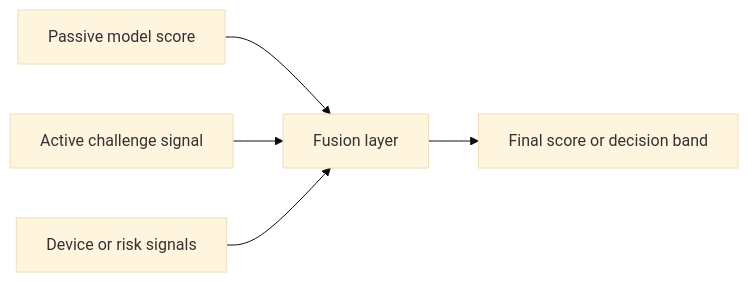
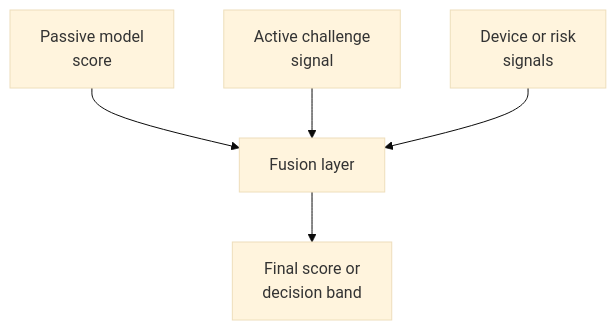
One commit to Nivratti/ekyc-face-liveness-playbook changed the diagram in docs/11-advanced-topics.md. Above: the diagram before and after it, drawn with Mermaid (base theme). The commit also changed 31 other files, not shown here.

Commit message:
docs: improve mermaid diagram readability by converting wide flows to vertical layouts

````diff
--- a/docs/11-advanced-topics.md
+++ b/docs/11-advanced-topics.md
@@ -41,7 +41,7 @@
 ```mermaid
-flowchart LR
-    A[Passive model score] --> D[Fusion layer]
-    B[Active challenge signal] --> D
-    C[Device or risk signals] --> D
-    D --> E[Final score or decision band]
+flowchart TB
+    A[Passive model<br/>score] --> D[Fusion layer]
+    B[Active challenge<br/>signal] --> D
+    C[Device or risk<br/>signals] --> D
+    D --> E[Final score or<br/>decision band]
 ```
````
